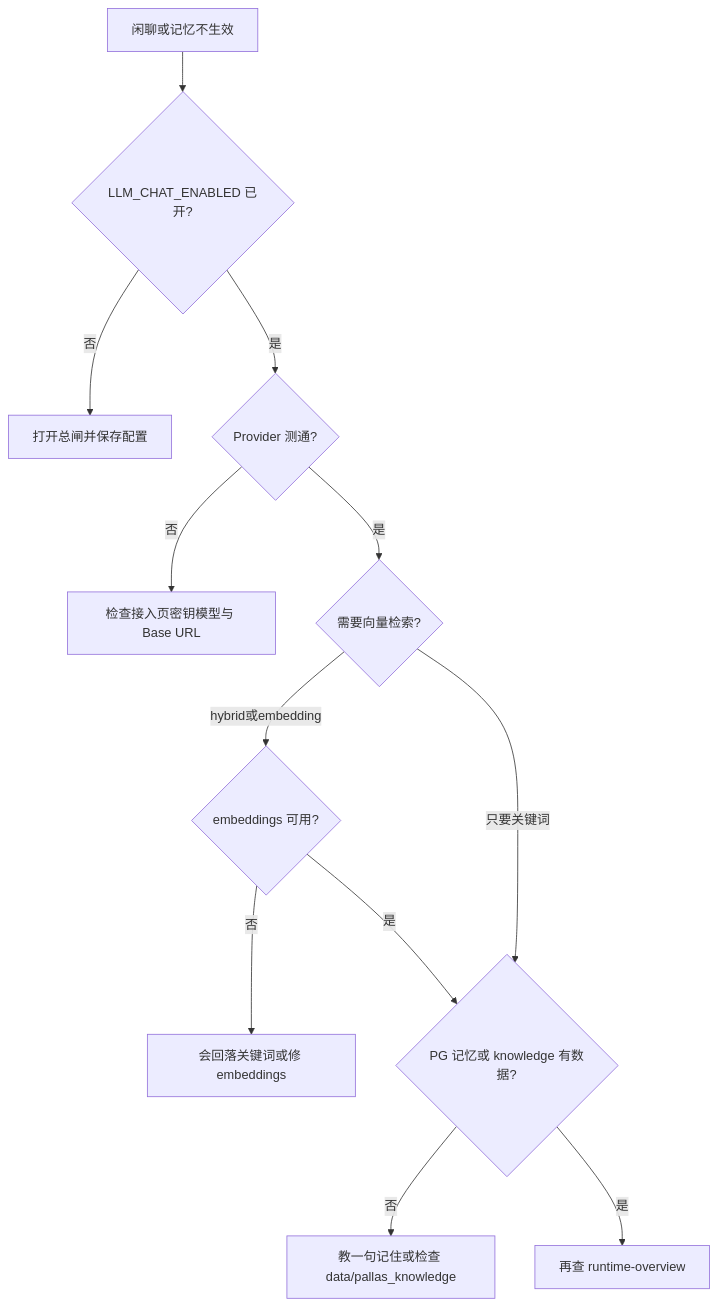
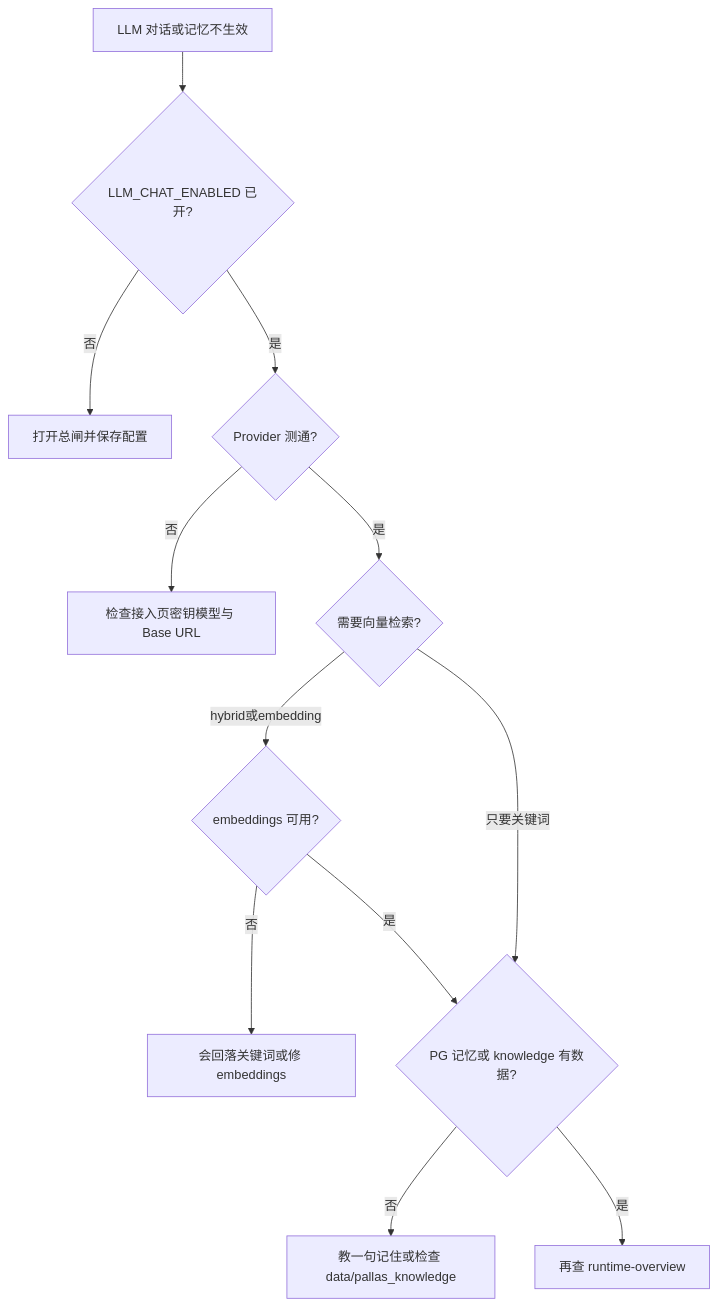
One commit to PallasBot/Pallas-Bot changed the diagram in docs/maintainer/operate/llm-and-ai.md. Above: the diagram before and after it, drawn with Mermaid. The commit also changed other lines of this file and 161 other files, not shown here.

````diff
--- a/docs/maintainer/operate/llm-and-ai.md
+++ b/docs/maintainer/operate/llm-and-ai.md
@@ -17,14 +19,14 @@
 ```mermaid
 flowchart TD
-  Start[闲聊或记忆不生效] --> Gate{LLM_CHAT_ENABLED 已开?}
+  Start[LLM 对话或记忆不生效] --> Gate{LLM_CHAT_ENABLED 已开?}
   Gate -->|否| OpenGate[打开总闸并保存配置]
   Gate -->|是| Prov{Provider 测通?}
   Prov -->|否| FixProv[检查接入页密钥模型与 Base URL]
   Prov -->|是| Emb{需要向量检索?}
   Emb -->|hybrid或embedding| EmbOk{embeddings 可用?}
   EmbOk -->|否| Fallback[会回落关键词或修 embeddings]
   EmbOk -->|是| Store{PG 记忆或 knowledge 有数据?}
   Emb -->|只要关键词| Store
   Store -->|否| Teach[教一句记住或检查 data/pallas_knowledge]
   Store -->|是| Deeper[再查 runtime-overview]
 ```
````
